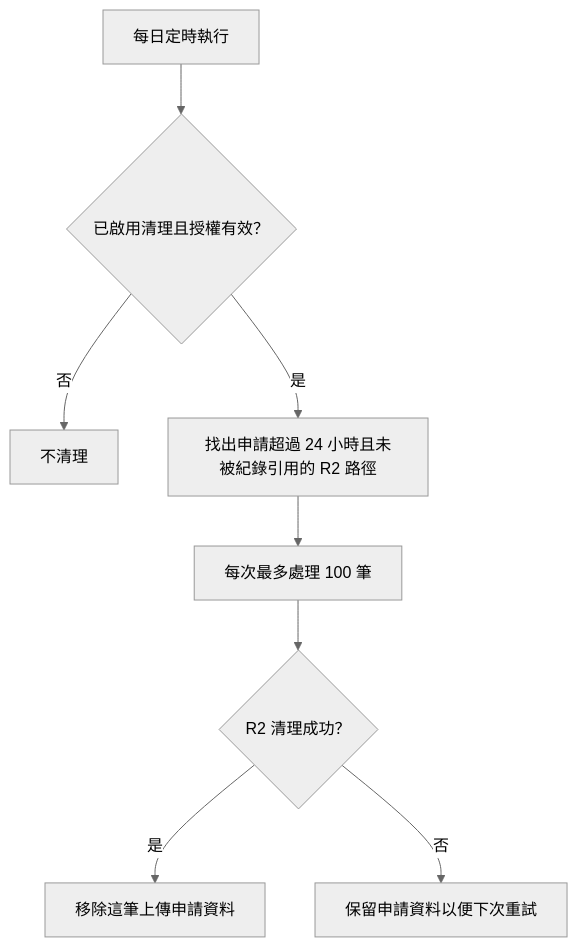
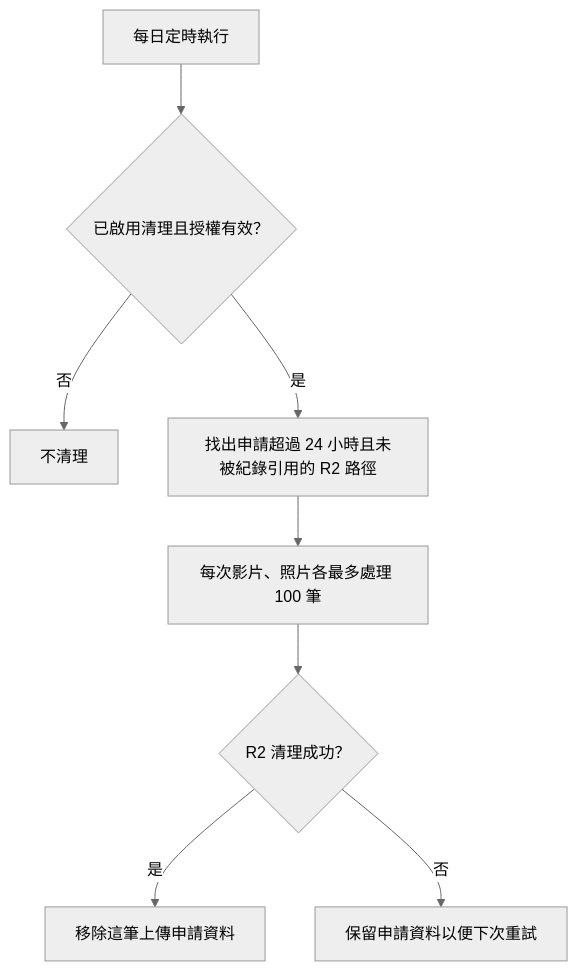
One commit to ChristingChang/waveshare changed the sixth of 6 diagrams in docs/flows.md. Above: the diagram before and after it, drawn with Mermaid (neutral theme). The commit also changed other lines of this file and 6 other files, not shown here.

````diff
--- a/docs/flows.md
+++ b/docs/flows.md
@@ -87,10 +98,10 @@
 ```mermaid
 flowchart TD
     A["每日定時執行"] --> B{"已啟用清理且授權有效？"}
     B -->|否| C["不清理"]
     B -->|是| D["找出申請超過 24 小時且未被紀錄引用的 R2 路徑"]
-    D --> E["每次最多處理 100 筆"]
+    D --> E["每次影片、照片各最多處理 100 筆"]
     E --> F{"R2 清理成功？"}
     F -->|是| G["移除這筆上傳申請資料"]
     F -->|否| H["保留申請資料以便下次重試"]
 ```
````
